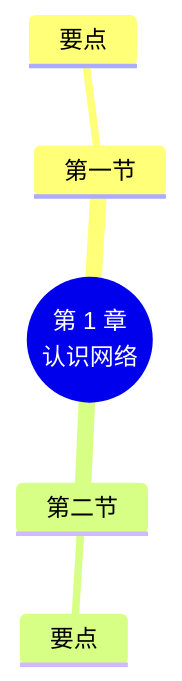
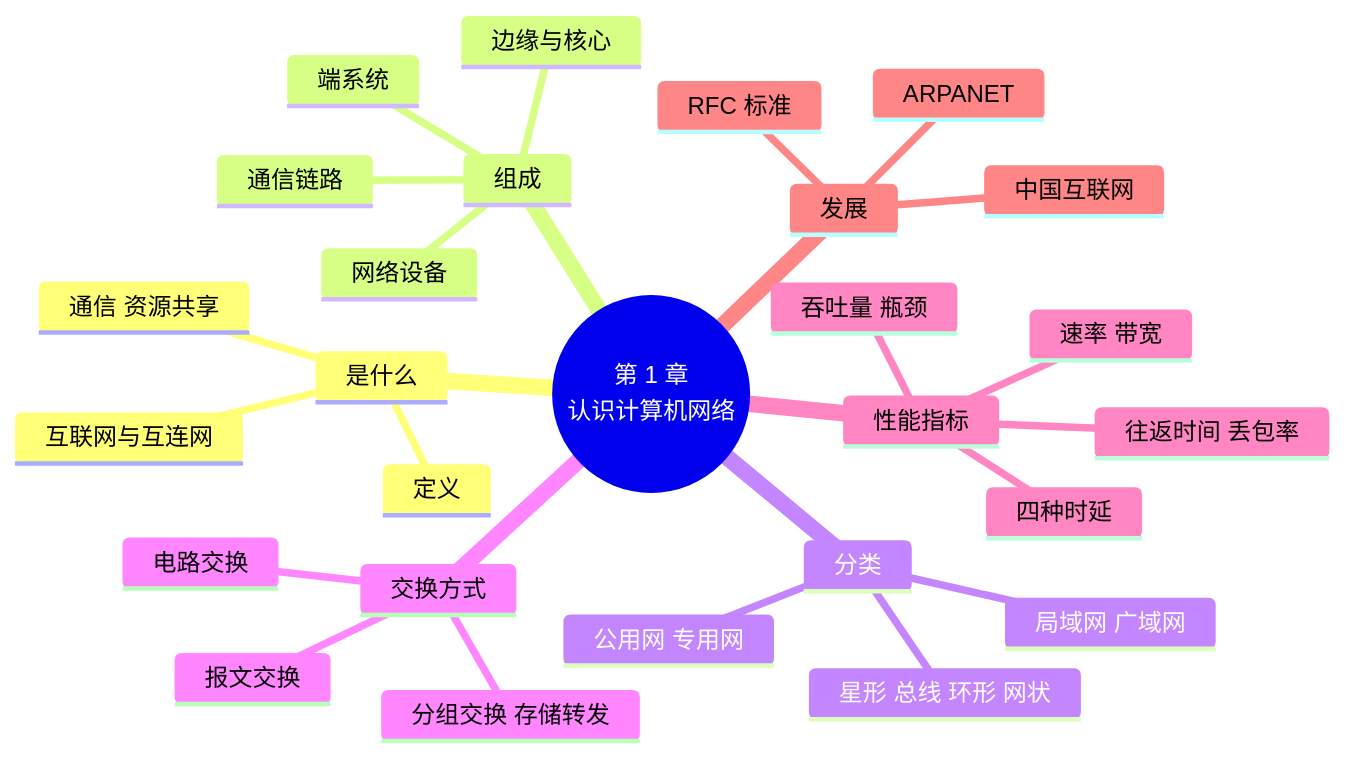
One commit to MingziFu9/computer-network changed the fifth of 5 diagrams in docs/chapters/01-intro/index.md. Above: the diagram before and after it, drawn with Mermaid. The commit also changed other lines of this file and 15 other files, not shown here.

````diff
--- a/docs/chapters/01-intro/index.md
+++ b/docs/chapters/01-intro/index.md
@@ -185,8 +701,30 @@
 ```mermaid
 mindmap
-  root((第 1 章<br/>认识网络))
-    第一节
-      要点
-    第二节
-      要点
+  root((第 1 章<br/>认识计算机网络))
+    是什么
+      定义
+      互联网与互连网
+      通信 资源共享
+    组成
+      端系统
+      通信链路
+      网络设备
+      边缘与核心
+    分类
+      局域网 广域网
+      星形 总线 环形 网状
+      公用网 专用网
+    交换方式
+      电路交换
+      报文交换
+      分组交换 存储转发
+    性能指标
+      速率 带宽
+      吞吐量 瓶颈
+      四种时延
+      往返时间 丢包率
+    发展
+      ARPANET
+      中国互联网
+      RFC 标准
 ```
````
